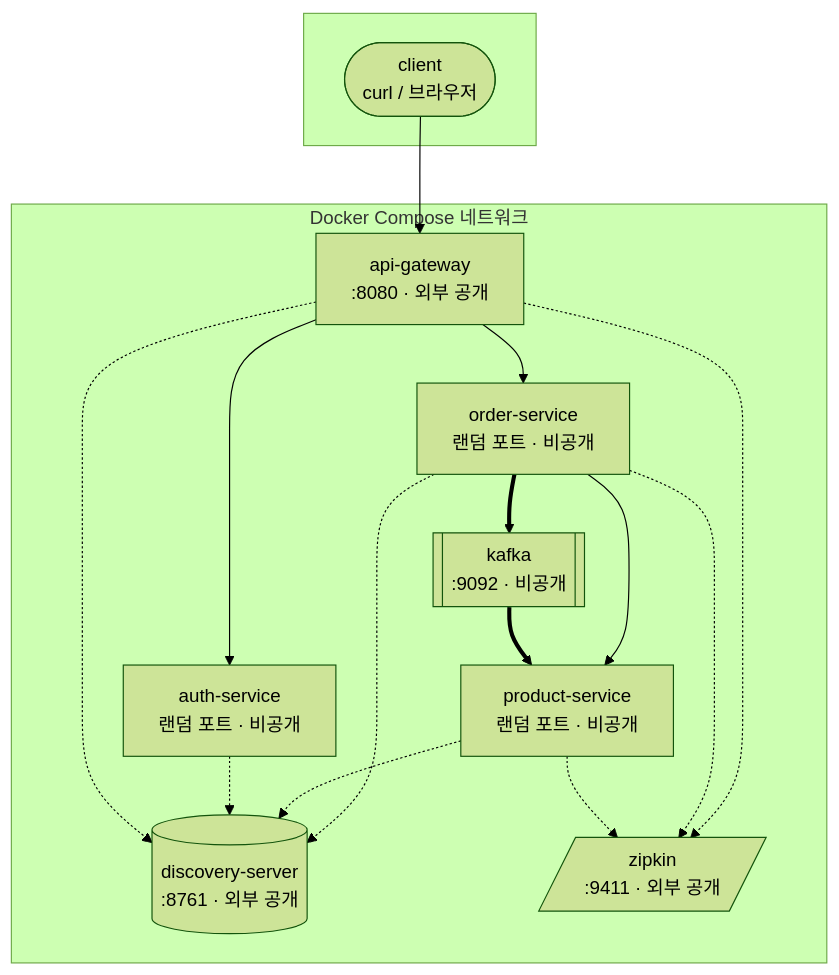
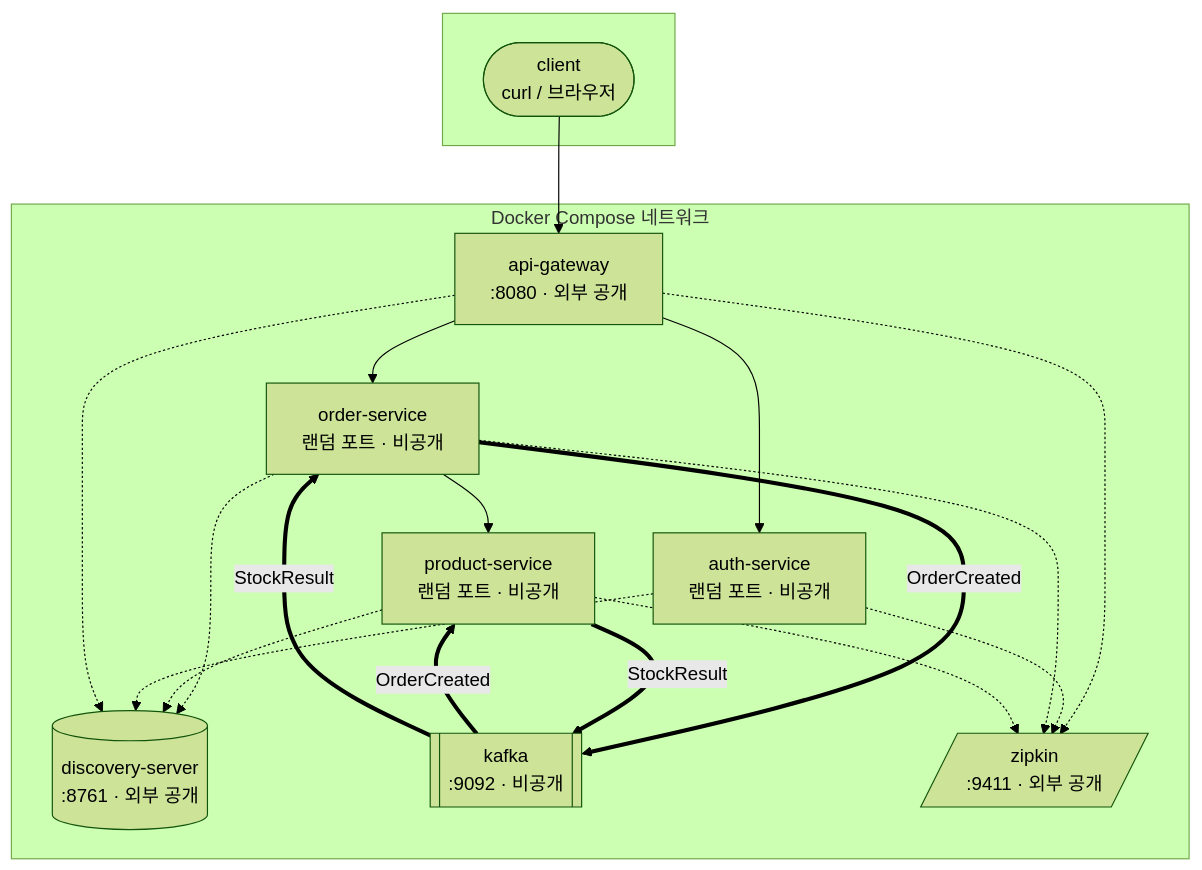
The first of 20 diagrams in docs/msa-learning-note.md (Jin-dev92/springboot-simple-msa), drawn with Mermaid (forest theme) before and after one commit. The commit also changed other lines of this file and 12 other files, not shown here.

````diff
--- a/docs/msa-learning-note.md
+++ b/docs/msa-learning-note.md
@@ -45,31 +46,35 @@
 ```mermaid
 flowchart TB
     subgraph outside [" "]
         client(["client<br/>curl / 브라우저"])
     end
 
     subgraph net ["Docker Compose 네트워크"]
         gateway["api-gateway<br/>:8080 · 외부 공개"]
         auth["auth-service<br/>랜덤 포트 · 비공개"]
         order["order-service<br/>랜덤 포트 · 비공개"]
         product["product-service<br/>랜덤 포트 · 비공개"]
         eureka[("discovery-server<br/>:8761 · 외부 공개")]
         kafka[["kafka<br/>:9092 · 비공개"]]
         zipkin[/"zipkin<br/>:9411 · 외부 공개"/]
     end
 
     client --> gateway
     gateway --> auth
     gateway --> order
     order --> product
-    order ==> kafka ==> product
+    order ==>|"OrderCreated"| kafka
+    kafka ==>|"OrderCreated"| product
+    product ==>|"StockResult"| kafka
+    kafka ==>|"StockResult"| order
 
     order -.-> eureka
     product -.-> eureka
     auth -.-> eureka
     gateway -.-> eureka
 
     gateway -.-> zipkin
+    auth -.-> zipkin
     order -.-> zipkin
     product -.-> zipkin
 ```
````
